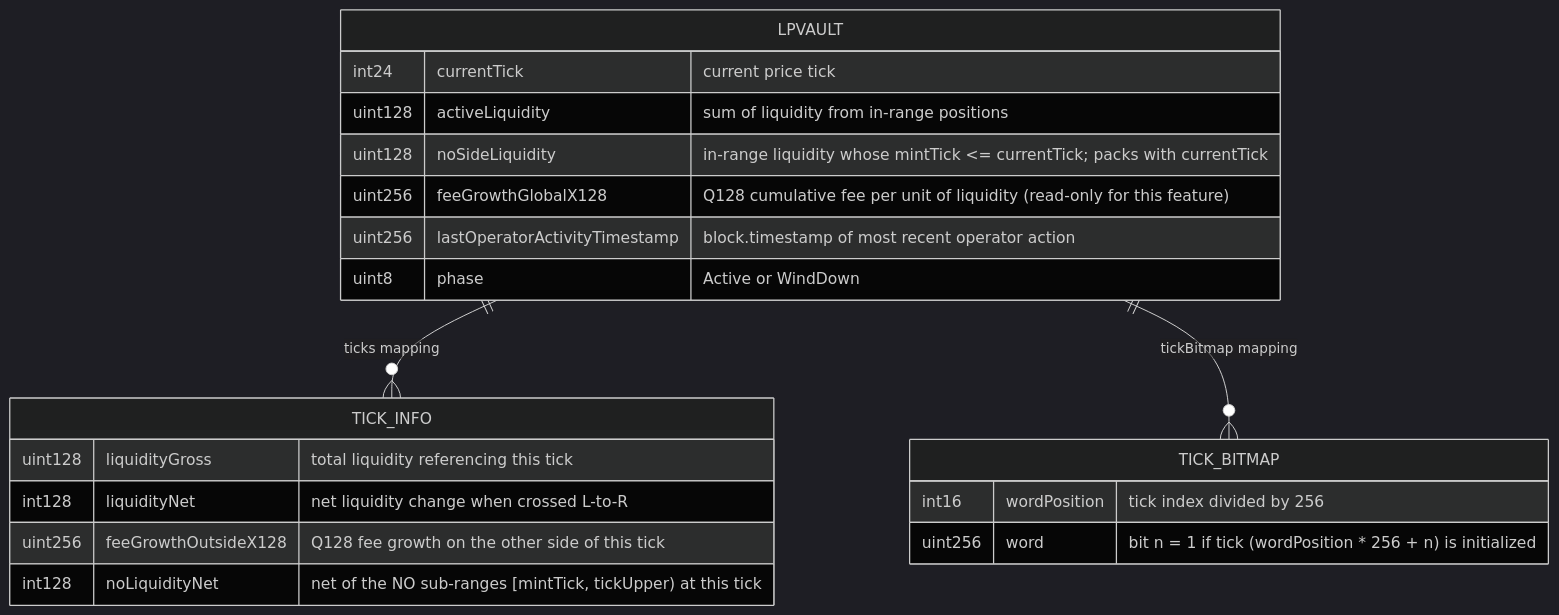
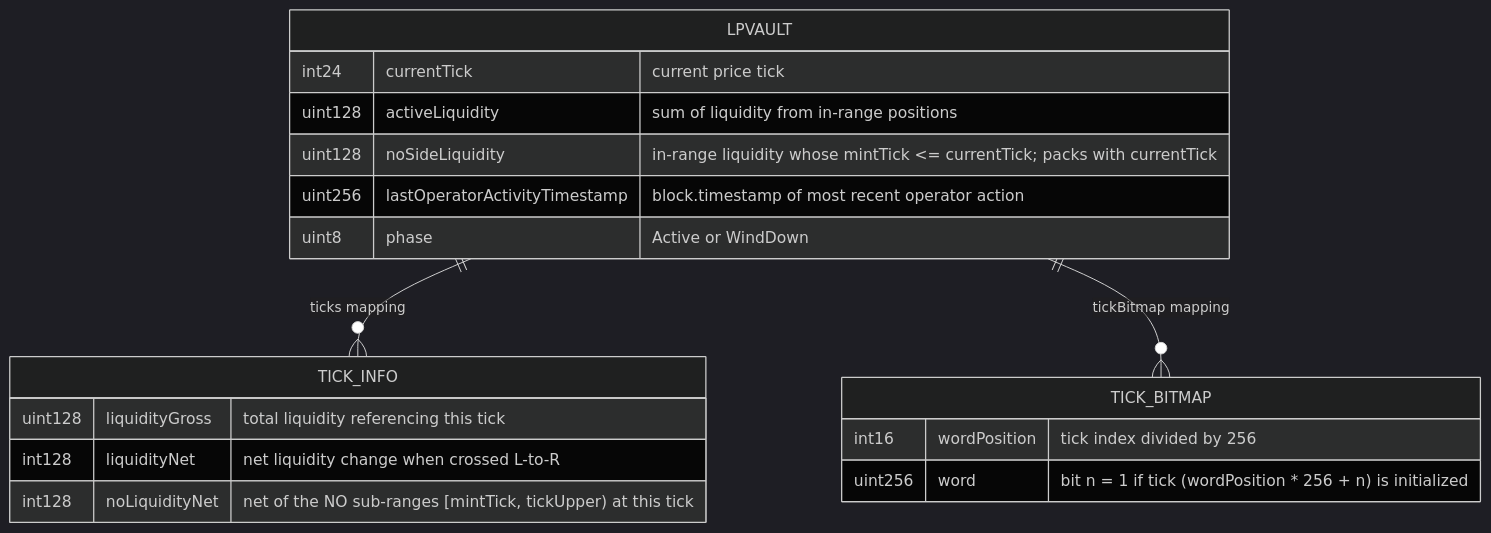
The third of 3 diagrams in specs/features/contracts/FEAT-TVS0-update-tick-and-cross-ticks/ARCHITECTURE.md (ProphetMarket/lp-vaults), drawn with Mermaid (dark theme) before and after one commit. The commit also changed other lines of this file and 73 other files, not shown here.

````diff
--- a/specs/features/contracts/FEAT-TVS0-update-tick-and-cross-ticks/ARCHITECTURE.md
+++ b/specs/features/contracts/FEAT-TVS0-update-tick-and-cross-ticks/ARCHITECTURE.md
@@ -47,23 +47,21 @@
 ```mermaid
 erDiagram
     LPVAULT {
         int24 currentTick "current price tick"
         uint128 activeLiquidity "sum of liquidity from in-range positions"
         uint128 noSideLiquidity "in-range liquidity whose mintTick <= currentTick; packs with currentTick"
-        uint256 feeGrowthGlobalX128 "Q128 cumulative fee per unit of liquidity (read-only for this feature)"
         uint256 lastOperatorActivityTimestamp "block.timestamp of most recent operator action"
         uint8 phase "Active or WindDown"
     }
     TICK_INFO {
         uint128 liquidityGross "total liquidity referencing this tick"
         int128 liquidityNet "net liquidity change when crossed L-to-R"
-        uint256 feeGrowthOutsideX128 "Q128 fee growth on the other side of this tick"
         int128 noLiquidityNet "net of the NO sub-ranges [mintTick, tickUpper) at this tick"
     }
     TICK_BITMAP {
         int16 wordPosition "tick index divided by 256"
         uint256 word "bit n = 1 if tick (wordPosition * 256 + n) is initialized"
     }
     LPVAULT ||--o{ TICK_INFO : "ticks mapping"
     LPVAULT ||--o{ TICK_BITMAP : "tickBitmap mapping"
 ```
````
